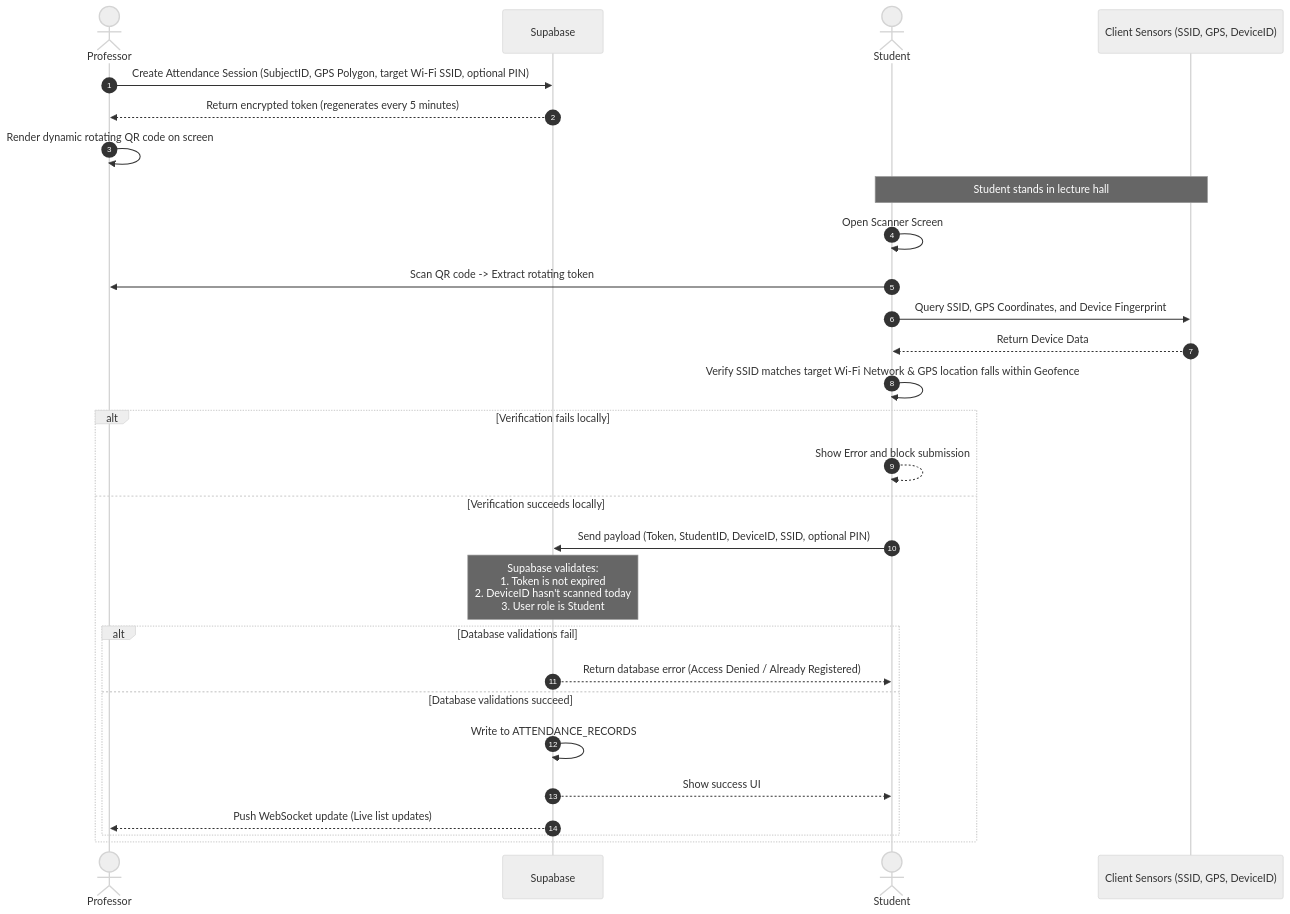
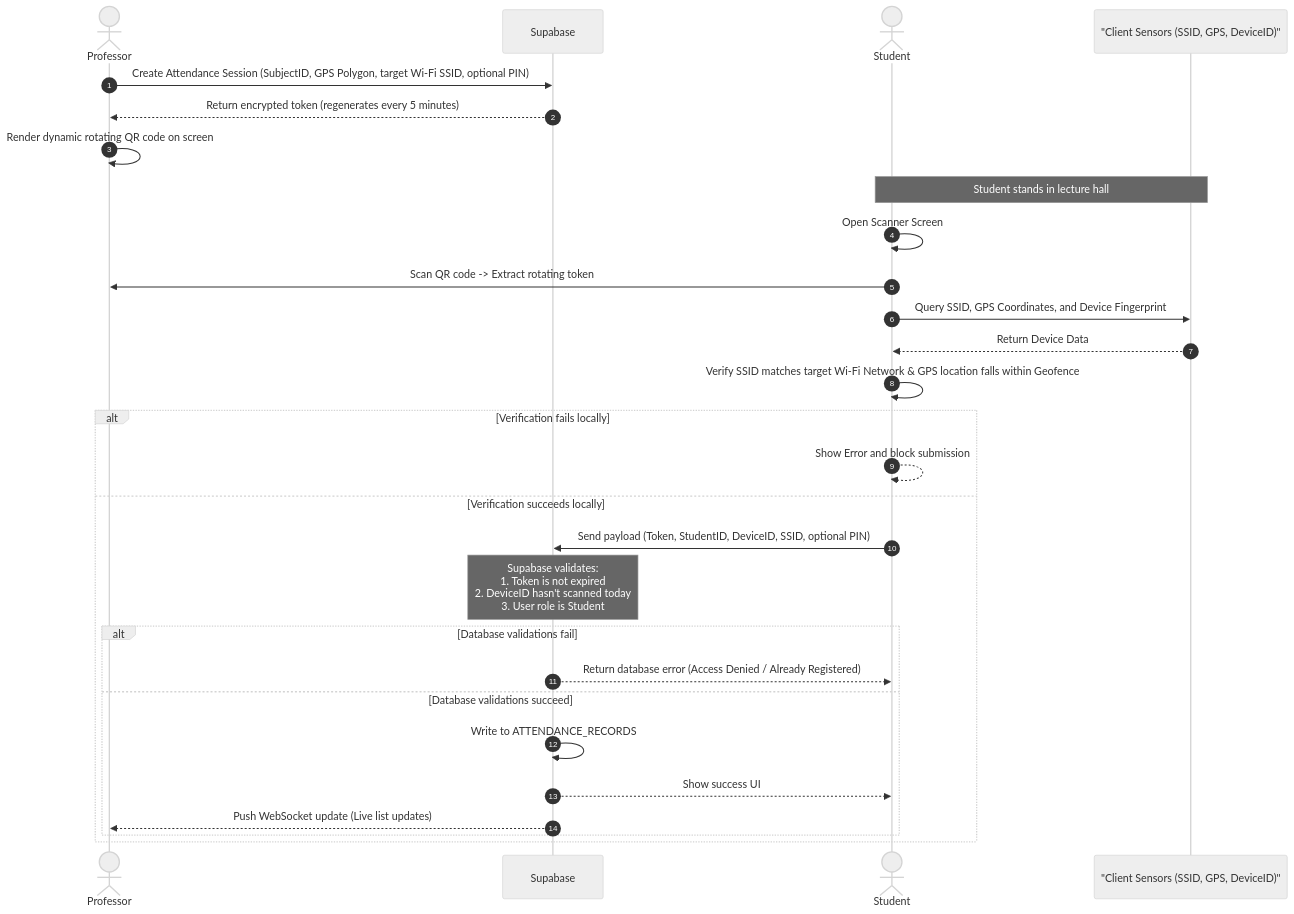
The fourth of 6 diagrams in README.md (MohammedMajidMohammed/Smart-Campus-AI-GradutionProject2026), drawn with Mermaid (neutral theme) before and after one commit. The commit also changed other lines of this file, not shown here.

````diff
--- a/README.md
+++ b/README.md
@@ -184,37 +227,37 @@
 ```mermaid
 sequenceDiagram
     autonumber
     actor Professor
     participant Supabase
     actor Student
-    participant Sensors as Client Sensors (SSID, GPS, DeviceID)
+    participant Sensors as "Client Sensors (SSID, GPS, DeviceID)"
     
     Professor->>Supabase: Create Attendance Session (SubjectID, GPS Polygon, target Wi-Fi SSID, optional PIN)
     Supabase-->>Professor: Return encrypted token (regenerates every 5 minutes)
     Professor->>Professor: Render dynamic rotating QR code on screen
     
     Note over Student, Sensors: Student stands in lecture hall
     Student->>Student: Open Scanner Screen
     Student->>Professor: Scan QR code -> Extract rotating token
     
     Student->>Sensors: Query SSID, GPS Coordinates, and Device Fingerprint
     Sensors-->>Student: Return Device Data
     
     Student->>Student: Verify SSID matches target Wi-Fi Network & GPS location falls within Geofence
     
     alt Verification fails locally
         Student-->>Student: Show Error and block submission
     else Verification succeeds locally
         Student->>Supabase: Send payload (Token, StudentID, DeviceID, SSID, optional PIN)
         
         Note over Supabase: Supabase validates:<br/>1. Token is not expired<br/>2. DeviceID hasn't scanned today<br/>3. User role is Student
         
         alt Database validations fail
             Supabase-->>Student: Return database error (Access Denied / Already Registered)
         else Database validations succeed
             Supabase->>Supabase: Write to ATTENDANCE_RECORDS
             Supabase-->>Student: Show success UI
             Supabase-->>Professor: Push WebSocket update (Live list updates)
         end
     end
 ```
````
